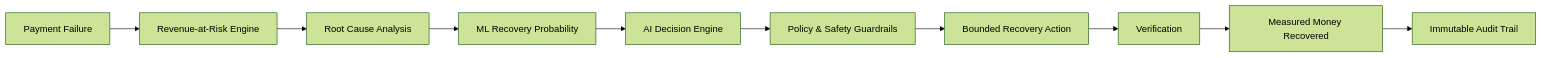
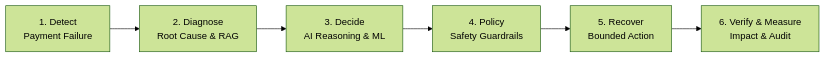
Before and after one commit to Aswin-2255/recovery-ai: the diagram in README.md, drawn with Mermaid (forest theme). The commit also changed other lines of this file, not shown here.

````diff
--- a/README.md
+++ b/README.md
@@ -9,12 +10,8 @@
 ```mermaid
 flowchart LR
-    A[Payment Failure] --> B[Revenue-at-Risk Engine]
-    B --> C[Root Cause Analysis]
-    C --> D[ML Recovery Probability]
-    D --> E[AI Decision Engine]
-    E --> F[Policy & Safety Guardrails]
-    F --> G[Bounded Recovery Action]
-    G --> H[Verification]
-    H --> I[Measured Money Recovered]
-    I --> J[Immutable Audit Trail]
+    A[1. Detect<br/>Payment Failure] --> B[2. Diagnose<br/>Root Cause & RAG]
+    B --> C[3. Decide<br/>AI Reasoning & ML]
+    C --> D[4. Policy<br/>Safety Guardrails]
+    D --> E[5. Recover<br/>Bounded Action]
+    E --> F[6. Verify & Measure<br/>Impact & Audit]
 ```
````
